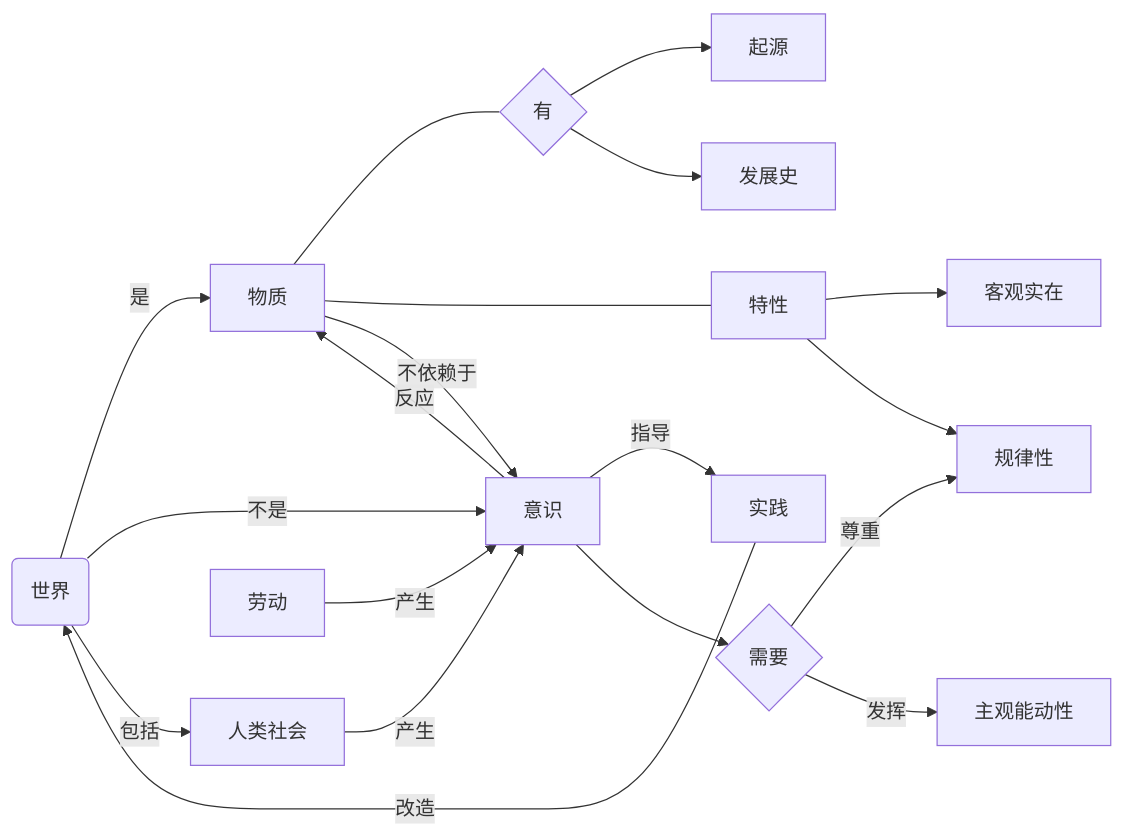
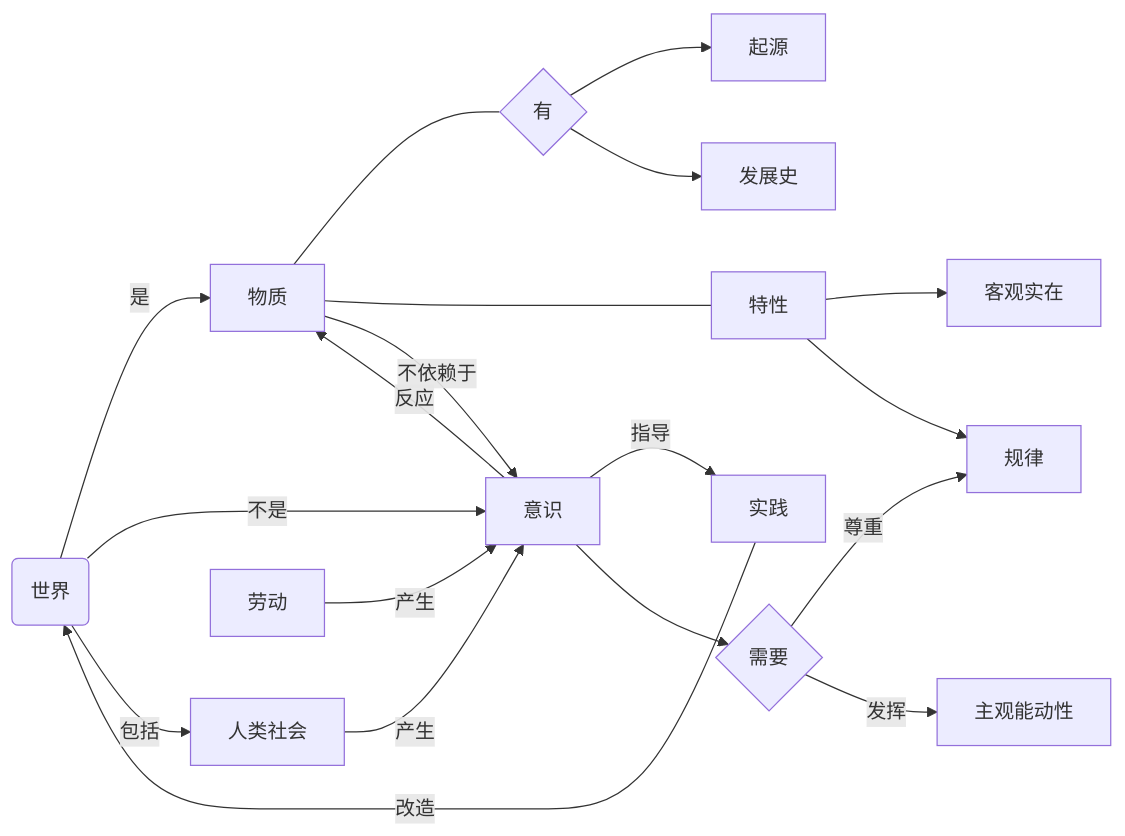
Before and after one commit to Github-DVIA/FASTlearn: the second of 2 diagrams in docs/art/pol/4.1.md, drawn with Mermaid.

````diff
--- a/docs/art/pol/4.1.md
+++ b/docs/art/pol/4.1.md
@@ -241,13 +241,13 @@
 ```mermaid
 flowchart LR
 world(世界) -->|是| thing[物质]
 world -->|不是| think[意识]
 world -->|包括| soci[人类社会] -->|产生| think
 劳动 -->|产生| think
 thing --- thinghave{有} --> 起源 & 发展史
-thing --- thingt[特性] --> 客观实在 & reg[规律性]
+thing --- thingt[特性] --> 客观实在 & reg[规律]
 think -->|反应| thing -->|不依赖于| think
 think -->|指导| do[实践] -->|改造| world
 think --> thinkneed{需要} -->|尊重| reg
 thinkneed -->|发挥| 主观能动性
 ```
````
